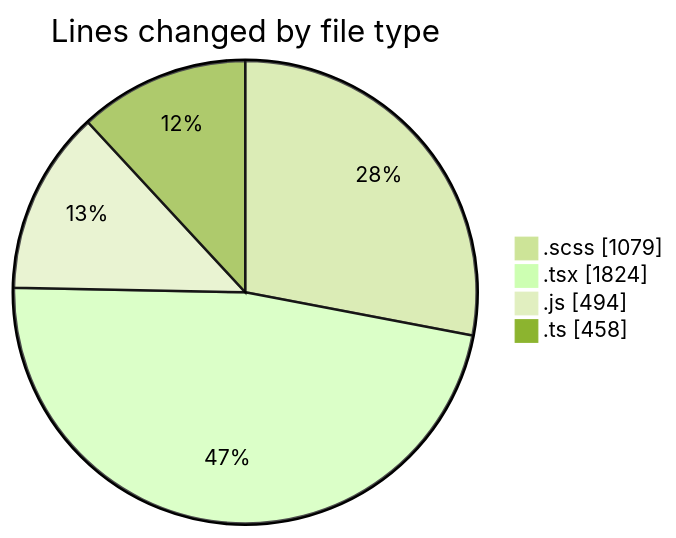
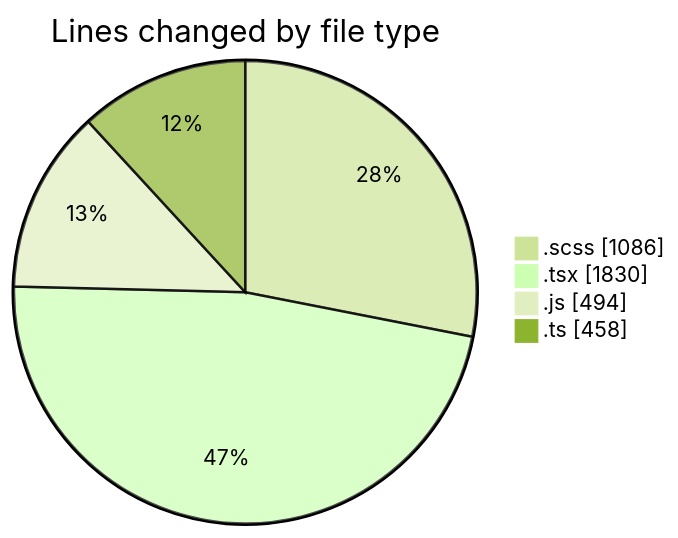
The first of 2 diagrams in 2025-03-14/cda/README.md (momahboobian/code-tracking), drawn with Mermaid (forest theme) before and after one commit. The commit also changed other lines of this file and 1 other file, not shown here.

````diff
--- a/2025-03-14/cda/README.md
+++ b/2025-03-14/cda/README.md
@@ -41,8 +41,8 @@
 ```mermaid
 pie showData
 title Lines changed by file type
-".scss" : 1079
-".tsx" : 1824
+".scss" : 1086
+".tsx" : 1830
 ".js" : 494
 ".ts" : 458
 ```
````
